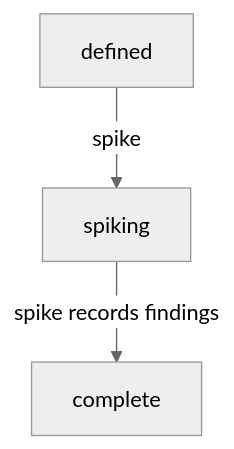
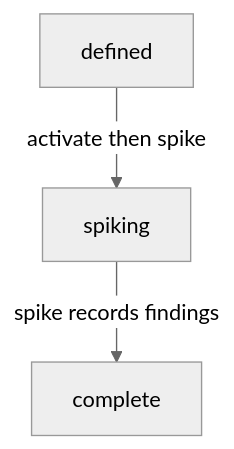
Before and after one commit to deeprave/specle: the third of 3 diagrams in docs/LIFECYCLE.md, drawn with Mermaid (neutral theme). The commit also changed other lines of this file and 35 other files, not shown here.

````diff
--- a/docs/LIFECYCLE.md
+++ b/docs/LIFECYCLE.md
@@ -133,5 +133,5 @@
 ```mermaid
 flowchart TB
-  defined -->|spike| spiking
+  defined -->|activate then spike| spiking
   spiking -->|spike records findings| complete
 ```
````
